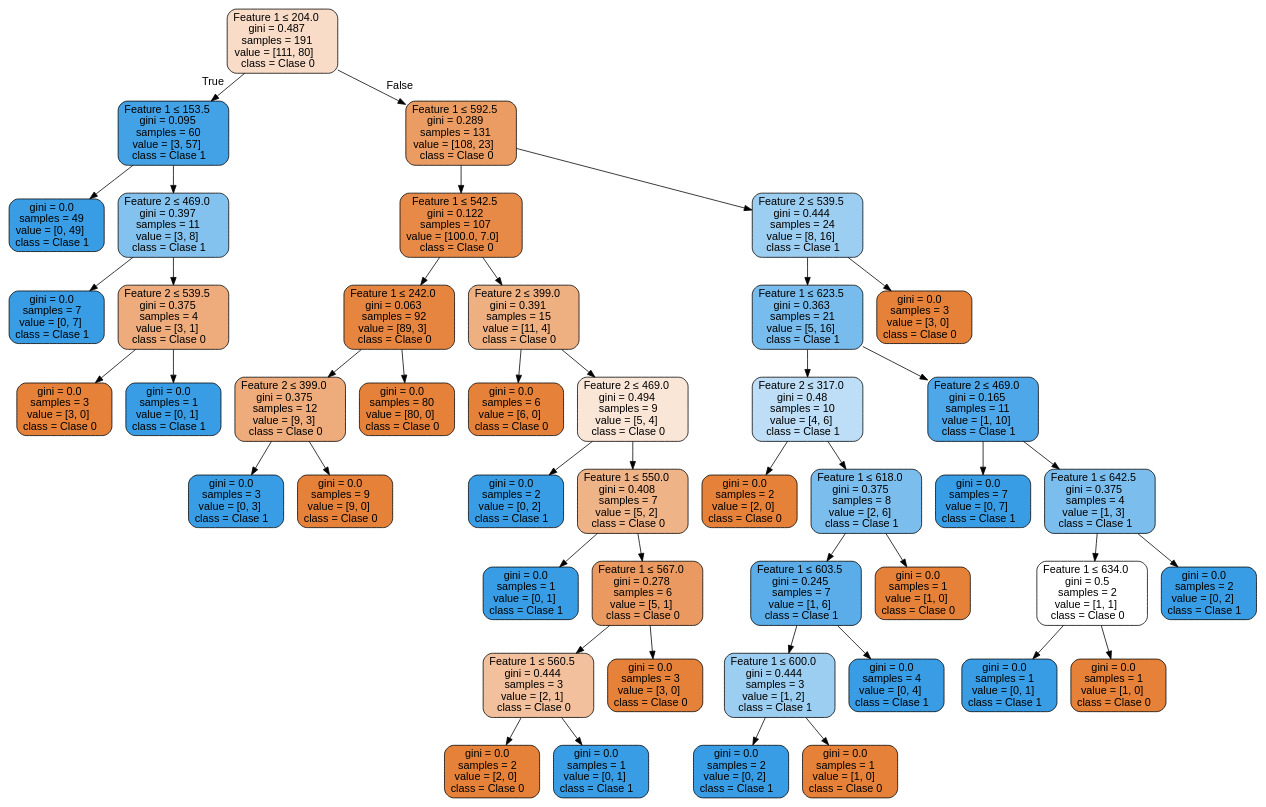
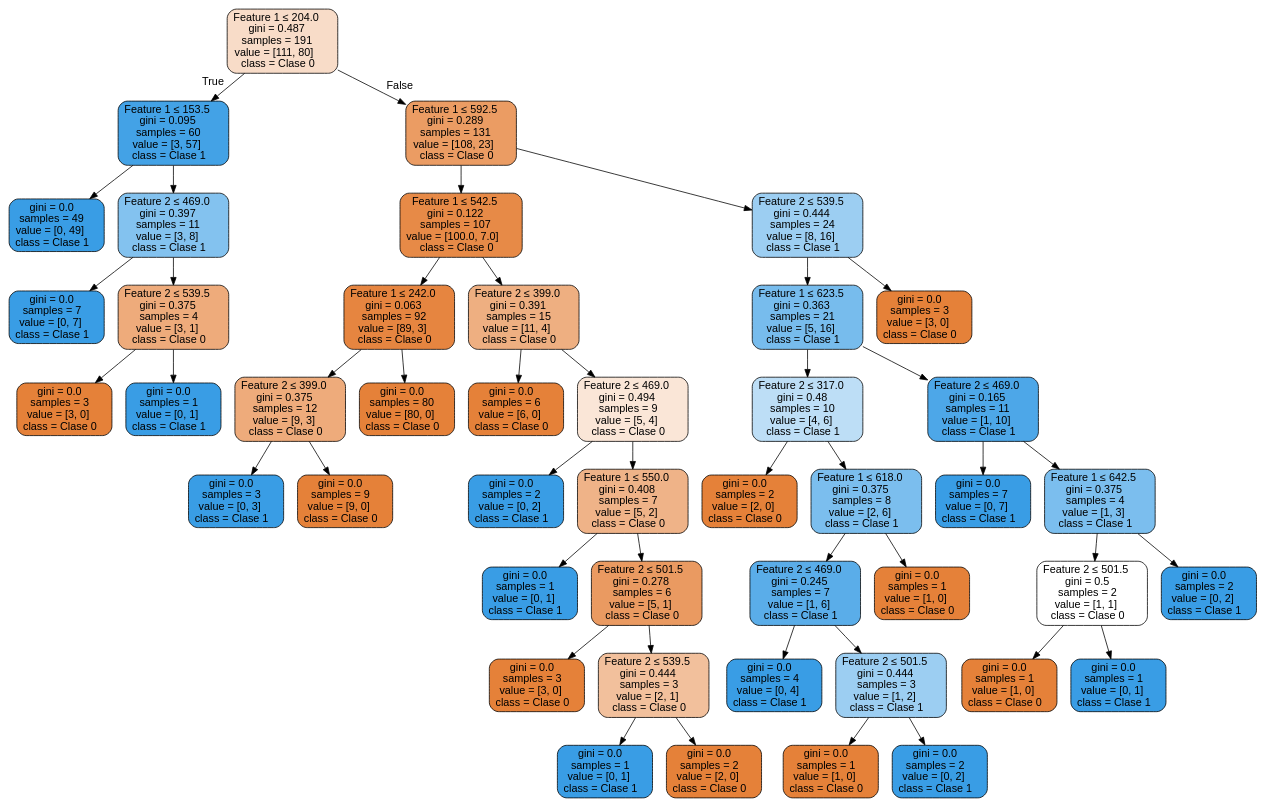
One commit to eAlcaraz85/IA.io changed the diagram in Source.gv. Above: the diagram before and after it, drawn with Graphviz. The commit also changed 9 other files, not shown here.

```diff
--- a/Source.gv
+++ b/Source.gv
@@ -1,93 +1,93 @@
 digraph Tree {
 node [shape=box, style="filled, rounded", color="black", fontname="helvetica"] ;
 edge [fontname="helvetica"] ;
 0 [label=<Feature 1 &le; 204.0<br/>gini = 0.487<br/>samples = 191<br/>value = [111, 80]<br/>class = Clase 0>, fillcolor="#f8dcc8"] ;
 1 [label=<Feature 1 &le; 153.5<br/>gini = 0.095<br/>samples = 60<br/>value = [3, 57]<br/>class = Clase 1>, fillcolor="#43a2e6"] ;
 0 -> 1 [labeldistance=2.5, labelangle=45, headlabel="True"] ;
 2 [label=<gini = 0.0<br/>samples = 49<br/>value = [0, 49]<br/>class = Clase 1>, fillcolor="#399de5"] ;
 1 -> 2 ;
 3 [label=<Feature 2 &le; 469.0<br/>gini = 0.397<br/>samples = 11<br/>value = [3, 8]<br/>class = Clase 1>, fillcolor="#83c2ef"] ;
 1 -> 3 ;
 4 [label=<gini = 0.0<br/>samples = 7<br/>value = [0, 7]<br/>class = Clase 1>, fillcolor="#399de5"] ;
 3 -> 4 ;
 5 [label=<Feature 2 &le; 539.5<br/>gini = 0.375<br/>samples = 4<br/>value = [3, 1]<br/>class = Clase 0>, fillcolor="#eeab7b"] ;
 3 -> 5 ;
 6 [label=<gini = 0.0<br/>samples = 3<br/>value = [3, 0]<br/>class = Clase 0>, fillcolor="#e58139"] ;
 5 -> 6 ;
 7 [label=<gini = 0.0<br/>samples = 1<br/>value = [0, 1]<br/>class = Clase 1>, fillcolor="#399de5"] ;
 5 -> 7 ;
 8 [label=<Feature 1 &le; 592.5<br/>gini = 0.289<br/>samples = 131<br/>value = [108, 23]<br/>class = Clase 0>, fillcolor="#eb9c63"] ;
 0 -> 8 [labeldistance=2.5, labelangle=-45, headlabel="False"] ;
 9 [label=<Feature 1 &le; 542.5<br/>gini = 0.122<br/>samples = 107<br/>value = [100.0, 7.0]<br/>class = Clase 0>, fillcolor="#e78a47"] ;
 8 -> 9 ;
 10 [label=<Feature 1 &le; 242.0<br/>gini = 0.063<br/>samples = 92<br/>value = [89, 3]<br/>class = Clase 0>, fillcolor="#e68540"] ;
 9 -> 10 ;
 11 [label=<Feature 2 &le; 399.0<br/>gini = 0.375<br/>samples = 12<br/>value = [9, 3]<br/>class = Clase 0>, fillcolor="#eeab7b"] ;
 10 -> 11 ;
 12 [label=<gini = 0.0<br/>samples = 3<br/>value = [0, 3]<br/>class = Clase 1>, fillcolor="#399de5"] ;
 11 -> 12 ;
 13 [label=<gini = 0.0<br/>samples = 9<br/>value = [9, 0]<br/>class = Clase 0>, fillcolor="#e58139"] ;
 11 -> 13 ;
 14 [label=<gini = 0.0<br/>samples = 80<br/>value = [80, 0]<br/>class = Clase 0>, fillcolor="#e58139"] ;
 10 -> 14 ;
 15 [label=<Feature 2 &le; 399.0<br/>gini = 0.391<br/>samples = 15<br/>value = [11, 4]<br/>class = Clase 0>, fillcolor="#eeaf81"] ;
 9 -> 15 ;
 16 [label=<gini = 0.0<br/>samples = 6<br/>value = [6, 0]<br/>class = Clase 0>, fillcolor="#e58139"] ;
 15 -> 16 ;
 17 [label=<Feature 2 &le; 469.0<br/>gini = 0.494<br/>samples = 9<br/>value = [5, 4]<br/>class = Clase 0>, fillcolor="#fae6d7"] ;
 15 -> 17 ;
 18 [label=<gini = 0.0<br/>samples = 2<br/>value = [0, 2]<br/>class = Clase 1>, fillcolor="#399de5"] ;
 17 -> 18 ;
 19 [label=<Feature 1 &le; 550.0<br/>gini = 0.408<br/>samples = 7<br/>value = [5, 2]<br/>class = Clase 0>, fillcolor="#efb388"] ;
 17 -> 19 ;
 20 [label=<gini = 0.0<br/>samples = 1<br/>value = [0, 1]<br/>class = Clase 1>, fillcolor="#399de5"] ;
 19 -> 20 ;
-21 [label=<Feature 1 &le; 567.0<br/>gini = 0.278<br/>samples = 6<br/>value = [5, 1]<br/>class = Clase 0>, fillcolor="#ea9a61"] ;
+21 [label=<Feature 2 &le; 501.5<br/>gini = 0.278<br/>samples = 6<br/>value = [5, 1]<br/>class = Clase 0>, fillcolor="#ea9a61"] ;
 19 -> 21 ;
-22 [label=<Feature 1 &le; 560.5<br/>gini = 0.444<br/>samples = 3<br/>value = [2, 1]<br/>class = Clase 0>, fillcolor="#f2c09c"] ;
+22 [label=<gini = 0.0<br/>samples = 3<br/>value = [3, 0]<br/>class = Clase 0>, fillcolor="#e58139"] ;
 21 -> 22 ;
-23 [label=<gini = 0.0<br/>samples = 2<br/>value = [2, 0]<br/>class = Clase 0>, fillcolor="#e58139"] ;
-22 -> 23 ;
+23 [label=<Feature 2 &le; 539.5<br/>gini = 0.444<br/>samples = 3<br/>value = [2, 1]<br/>class = Clase 0>, fillcolor="#f2c09c"] ;
+21 -> 23 ;
 24 [label=<gini = 0.0<br/>samples = 1<br/>value = [0, 1]<br/>class = Clase 1>, fillcolor="#399de5"] ;
-22 -> 24 ;
-25 [label=<gini = 0.0<br/>samples = 3<br/>value = [3, 0]<br/>class = Clase 0>, fillcolor="#e58139"] ;
-21 -> 25 ;
+23 -> 24 ;
+25 [label=<gini = 0.0<br/>samples = 2<br/>value = [2, 0]<br/>class = Clase 0>, fillcolor="#e58139"] ;
+23 -> 25 ;
 26 [label=<Feature 2 &le; 539.5<br/>gini = 0.444<br/>samples = 24<br/>value = [8, 16]<br/>class = Clase 1>, fillcolor="#9ccef2"] ;
 8 -> 26 ;
 27 [label=<Feature 1 &le; 623.5<br/>gini = 0.363<br/>samples = 21<br/>value = [5, 16]<br/>class = Clase 1>, fillcolor="#77bced"] ;
 26 -> 27 ;
 28 [label=<Feature 2 &le; 317.0<br/>gini = 0.48<br/>samples = 10<br/>value = [4, 6]<br/>class = Clase 1>, fillcolor="#bddef6"] ;
 27 -> 28 ;
 29 [label=<gini = 0.0<br/>samples = 2<br/>value = [2, 0]<br/>class = Clase 0>, fillcolor="#e58139"] ;
 28 -> 29 ;
 30 [label=<Feature 1 &le; 618.0<br/>gini = 0.375<br/>samples = 8<br/>value = [2, 6]<br/>class = Clase 1>, fillcolor="#7bbeee"] ;
 28 -> 30 ;
-31 [label=<Feature 1 &le; 603.5<br/>gini = 0.245<br/>samples = 7<br/>value = [1, 6]<br/>class = Clase 1>, fillcolor="#5aade9"] ;
+31 [label=<Feature 2 &le; 469.0<br/>gini = 0.245<br/>samples = 7<br/>value = [1, 6]<br/>class = Clase 1>, fillcolor="#5aade9"] ;
 30 -> 31 ;
-32 [label=<Feature 1 &le; 600.0<br/>gini = 0.444<br/>samples = 3<br/>value = [1, 2]<br/>class = Clase 1>, fillcolor="#9ccef2"] ;
+32 [label=<gini = 0.0<br/>samples = 4<br/>value = [0, 4]<br/>class = Clase 1>, fillcolor="#399de5"] ;
 31 -> 32 ;
-33 [label=<gini = 0.0<br/>samples = 2<br/>value = [0, 2]<br/>class = Clase 1>, fillcolor="#399de5"] ;
-32 -> 33 ;
+33 [label=<Feature 2 &le; 501.5<br/>gini = 0.444<br/>samples = 3<br/>value = [1, 2]<br/>class = Clase 1>, fillcolor="#9ccef2"] ;
+31 -> 33 ;
 34 [label=<gini = 0.0<br/>samples = 1<br/>value = [1, 0]<br/>class = Clase 0>, fillcolor="#e58139"] ;
-32 -> 34 ;
-35 [label=<gini = 0.0<br/>samples = 4<br/>value = [0, 4]<br/>class = Clase 1>, fillcolor="#399de5"] ;
-31 -> 35 ;
+33 -> 34 ;
+35 [label=<gini = 0.0<br/>samples = 2<br/>value = [0, 2]<br/>class = Clase 1>, fillcolor="#399de5"] ;
+33 -> 35 ;
 36 [label=<gini = 0.0<br/>samples = 1<br/>value = [1, 0]<br/>class = Clase 0>, fillcolor="#e58139"] ;
 30 -> 36 ;
 37 [label=<Feature 2 &le; 469.0<br/>gini = 0.165<br/>samples = 11<br/>value = [1, 10]<br/>class = Clase 1>, fillcolor="#4da7e8"] ;
 27 -> 37 ;
 38 [label=<gini = 0.0<br/>samples = 7<br/>value = [0, 7]<br/>class = Clase 1>, fillcolor="#399de5"] ;
 37 -> 38 ;
 39 [label=<Feature 1 &le; 642.5<br/>gini = 0.375<br/>samples = 4<br/>value = [1, 3]<br/>class = Clase 1>, fillcolor="#7bbeee"] ;
 37 -> 39 ;
-40 [label=<Feature 1 &le; 634.0<br/>gini = 0.5<br/>samples = 2<br/>value = [1, 1]<br/>class = Clase 0>, fillcolor="#ffffff"] ;
+40 [label=<Feature 2 &le; 501.5<br/>gini = 0.5<br/>samples = 2<br/>value = [1, 1]<br/>class = Clase 0>, fillcolor="#ffffff"] ;
 39 -> 40 ;
-41 [label=<gini = 0.0<br/>samples = 1<br/>value = [0, 1]<br/>class = Clase 1>, fillcolor="#399de5"] ;
+41 [label=<gini = 0.0<br/>samples = 1<br/>value = [1, 0]<br/>class = Clase 0>, fillcolor="#e58139"] ;
 40 -> 41 ;
-42 [label=<gini = 0.0<br/>samples = 1<br/>value = [1, 0]<br/>class = Clase 0>, fillcolor="#e58139"] ;
+42 [label=<gini = 0.0<br/>samples = 1<br/>value = [0, 1]<br/>class = Clase 1>, fillcolor="#399de5"] ;
 40 -> 42 ;
 43 [label=<gini = 0.0<br/>samples = 2<br/>value = [0, 2]<br/>class = Clase 1>, fillcolor="#399de5"] ;
 39 -> 43 ;
 44 [label=<gini = 0.0<br/>samples = 3<br/>value = [3, 0]<br/>class = Clase 0>, fillcolor="#e58139"] ;
 26 -> 44 ;
 }
```
